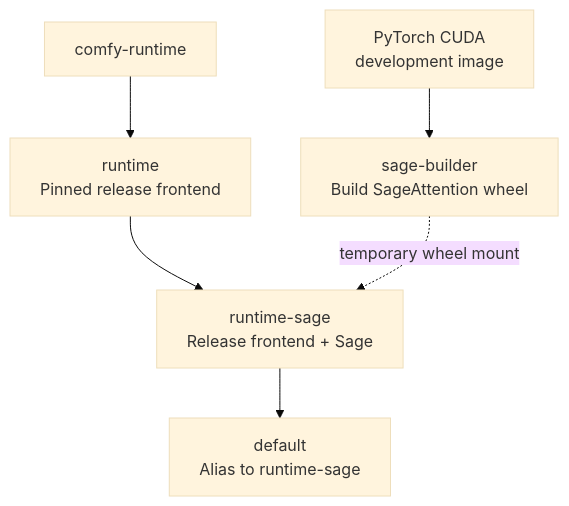
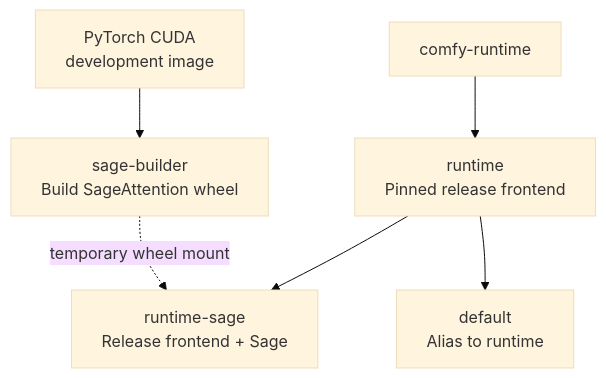
The third of 4 diagrams in docs/build-flow.md (angelo-lesniak/latent-crate), drawn with Mermaid (base theme) before and after one commit. The commit also changed other lines of this file and 27 other files, not shown here.

Commit message:
feat: make SageAttention opt-in by default (#11)

````diff
--- a/docs/build-flow.md
+++ b/docs/build-flow.md
@@ -40,9 +40,9 @@
 ```mermaid
 flowchart TD
     Core["comfy-runtime"] --> Release["runtime<br/>Pinned release frontend"]
     Release --> Sage["runtime-sage<br/>Release frontend + Sage"]
-    Sage --> Default["default<br/>Alias to runtime-sage"]
+    Release --> Default["default<br/>Alias to runtime"]
 
     Devel["PyTorch CUDA<br/>development image"] --> SageBuilder["sage-builder<br/>Build SageAttention wheel"]
     SageBuilder -. "temporary wheel mount" .-> Sage
 ```
````
